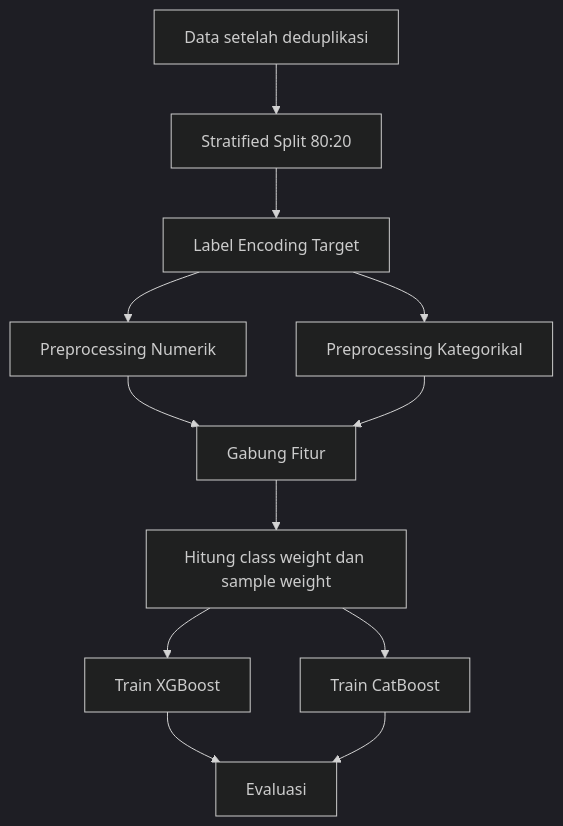
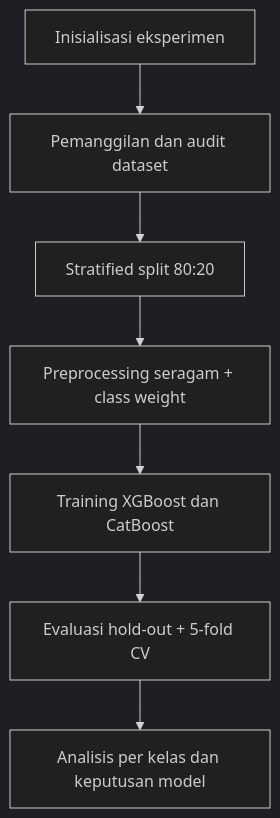
Before and after one commit to Nantarachma/Kode_Skripsi_Notebook: the diagram in Artikel_Jurnal_Sinta4_Analisis_Komparatif_XGBoost_CatBoost.md, drawn with Mermaid (dark theme). The commit also changed other lines of this file, not shown here.

````diff
--- a/Artikel_Jurnal_Sinta4_Analisis_Komparatif_XGBoost_CatBoost.md
+++ b/Artikel_Jurnal_Sinta4_Analisis_Komparatif_XGBoost_CatBoost.md
@@ -206,14 +34,9 @@
 ```mermaid
 flowchart TD
-    A[Data setelah deduplikasi] --> B[Stratified Split 80:20]
-    B --> C[Label Encoding Target]
-    C --> D[Preprocessing Numerik]
-    C --> E[Preprocessing Kategorikal]
-    D --> F[Gabung Fitur]
-    E --> F
-    F --> G[Hitung class weight dan sample weight]
-    G --> H[Train XGBoost]
-    G --> I[Train CatBoost]
-    H --> J[Evaluasi]
-    I --> J
+    A[Inisialisasi eksperimen] --> B[Pemanggilan dan audit dataset]
+    B --> C[Stratified split 80:20]
+    C --> D[Preprocessing seragam + class weight]
+    D --> E[Training XGBoost dan CatBoost]
+    E --> F[Evaluasi hold-out + 5-fold CV]
+    F --> G[Analisis per kelas dan keputusan model]
 ```
````
